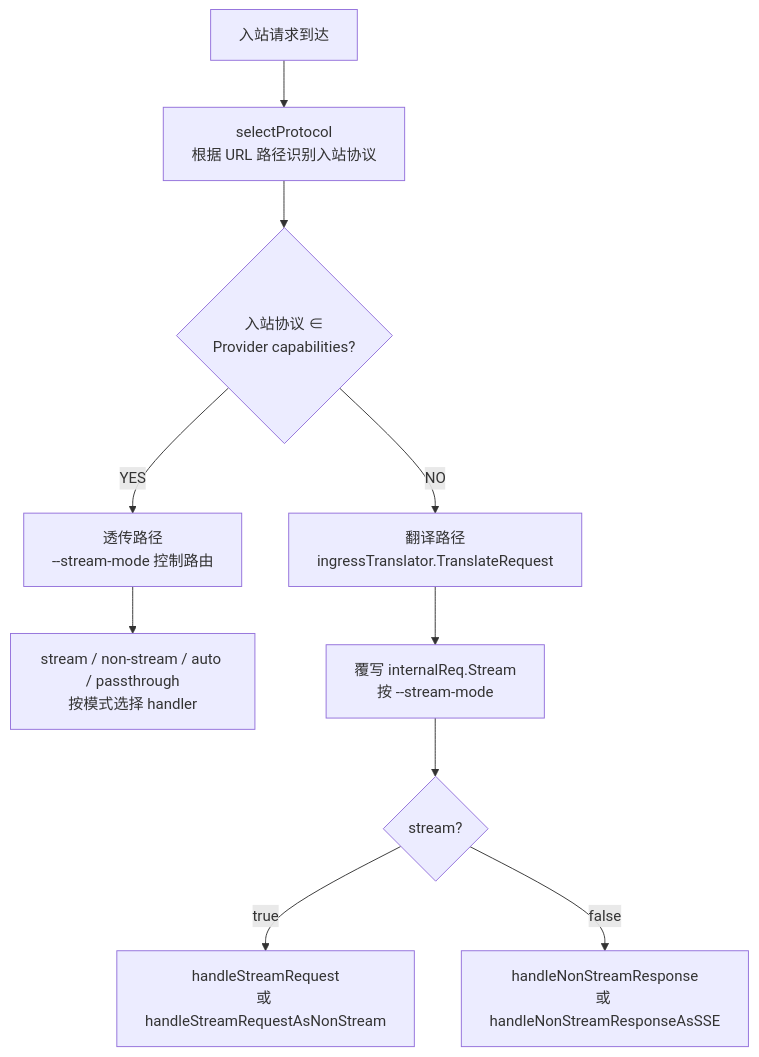
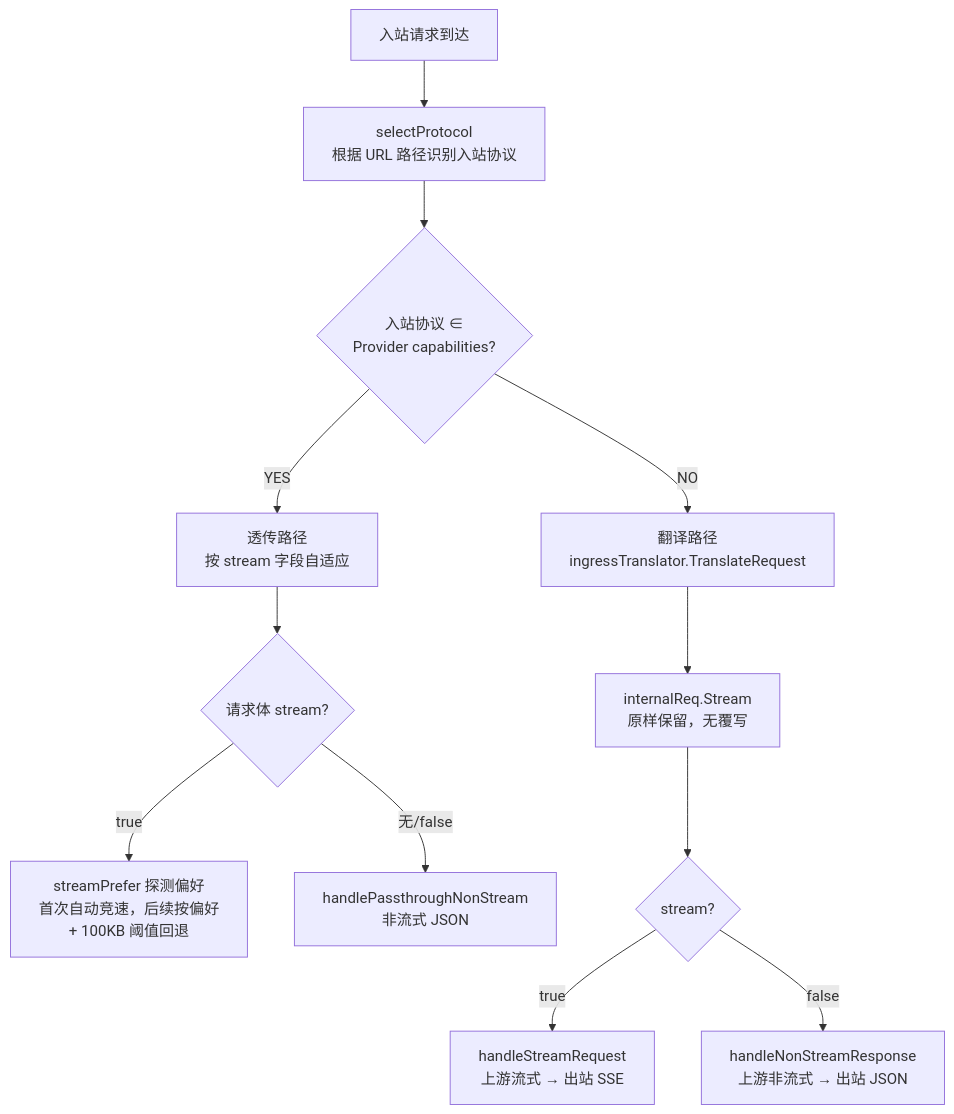
The fourth of 14 diagrams in docs/DESIGN.md (yejinlei/agent-proxy), drawn with Mermaid before and after one commit. The commit also changed other lines of this file and 8 other files, not shown here.

````diff
--- a/docs/DESIGN.md
+++ b/docs/DESIGN.md
@@ -102,12 +101,14 @@
 ```mermaid
 flowchart TD
     A[入站请求到达] --> B[selectProtocol<br/>根据 URL 路径识别入站协议]
     B --> C{入站协议 ∈<br/>Provider capabilities?}
-    C -->|YES| D[透传路径<br/>--stream-mode 控制路由]
+    C -->|YES| D[透传路径<br/>按 stream 字段自适应]
     C -->|NO| E[翻译路径<br/>ingressTranslator.TranslateRequest]
-    D --> F[stream / non-stream / auto / passthrough<br/>按模式选择 handler]
-    E --> G[覆写 internalReq.Stream<br/>按 --stream-mode]
+    D --> D1{请求体 stream?}
+    D1 -->|true| D2[streamPrefer 探测偏好<br/>首次自动竞速，后续按偏好<br/>+ 100KB 阈值回退]
+    D1 -->|无/false| D3[handlePassthroughNonStream<br/>非流式 JSON]
+    E --> G[internalReq.Stream<br/>原样保留，无覆写]
     G --> H{stream?}
-    H -->|true| I[handleStreamRequest<br/>或 handleStreamRequestAsNonStream]
-    H -->|false| J[handleNonStreamResponse<br/>或 handleNonStreamResponseAsSSE]
+    H -->|true| I[handleStreamRequest<br/>上游流式 → 出站 SSE]
+    H -->|false| J[handleNonStreamResponse<br/>上游非流式 → 出站 JSON]
 ```
````
